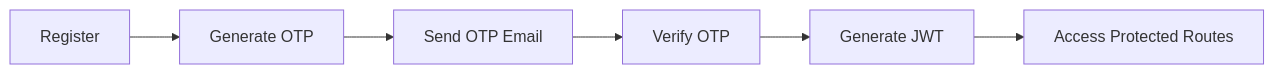
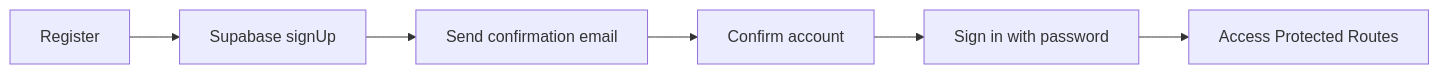
Before and after one commit to raghavkhator18-sys/Auction-Mart: the second of 5 diagrams in README.md, drawn with Mermaid. The commit also changed other lines of this file and 10 other files, not shown here.

````diff
--- a/README.md
+++ b/README.md
@@ -155,8 +152,8 @@
 ```mermaid
 graph LR
-    Register --> OTP[Generate OTP]
-    OTP --> Email[Send OTP Email]
-    Email --> Verify[Verify OTP]
-    Verify --> JWT[Generate JWT]
-    JWT --> Access[Access Protected Routes]
+    Register --> Supabase[Supabase signUp]
+    Supabase --> Email[Send confirmation email]
+    Email --> Confirm[Confirm account]
+    Confirm --> Login[Sign in with password]
+    Login --> Access[Access Protected Routes]
 ```
````
